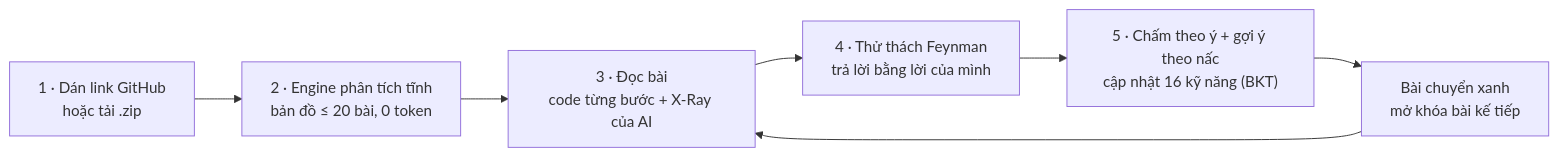
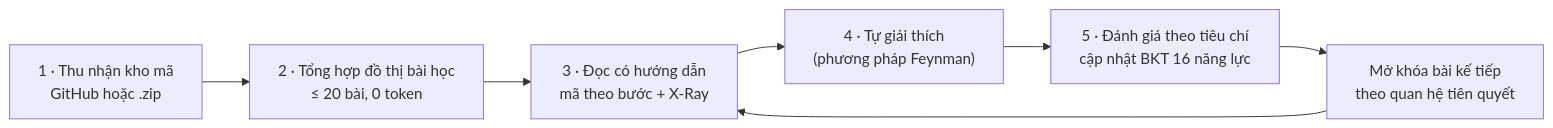
One commit to ThanhThien-coder/HackathonSGU-MeoMeo changed the first of 6 diagrams in docs/bao_cao_thuyet_trinh/BAO_CAO_DU_AN.md. Above: the diagram before and after it, drawn with Mermaid. The commit also changed other lines of this file, not shown here.

Commit message:
docs: nâng thuật ngữ học thuật cho báo cáo dự án

````diff
--- a/docs/bao_cao_thuyet_trinh/BAO_CAO_DU_AN.md
+++ b/docs/bao_cao_thuyet_trinh/BAO_CAO_DU_AN.md
@@ -127,9 +142,9 @@
 ```mermaid
 flowchart LR
-    A["1 · Dán link GitHub<br/>hoặc tải .zip"] --> B["2 · Engine phân tích tĩnh<br/>bản đồ ≤ 20 bài, 0 token"]
-    B --> C["3 · Đọc bài<br/>code từng bước + X-Ray của AI"]
-    C --> D["4 · Thử thách Feynman<br/>trả lời bằng lời của mình"]
-    D --> E["5 · Chấm theo ý + gợi ý theo nấc<br/>cập nhật 16 kỹ năng (BKT)"]
-    E --> F["Bài chuyển xanh<br/>mở khóa bài kế tiếp"]
+    A["1 · Thu nhận kho mã<br/>GitHub hoặc .zip"] --> B["2 · Tổng hợp đồ thị bài học<br/>≤ 20 bài, 0 token"]
+    B --> C["3 · Đọc có hướng dẫn<br/>mã theo bước + X-Ray"]
+    C --> D["4 · Tự giải thích<br/>(phương pháp Feynman)"]
+    D --> E["5 · Đánh giá theo tiêu chí<br/>cập nhật BKT 16 năng lực"]
+    E --> F["Mở khóa bài kế tiếp<br/>theo quan hệ tiên quyết"]
     F --> C
 ```
````
